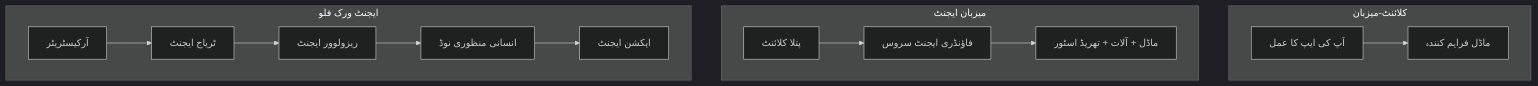
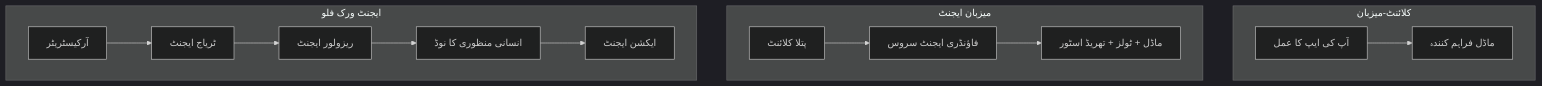
One commit to gabrielmoreira/agent-skills-mirror changed the first of 4 diagrams in mirrors/repos/microsoft@ai-agents-for-beginners/translations/ur/16-deploying-scalable-agents/README.md. Above: the diagram before and after it, drawn with Mermaid (dark theme). The commit also changed other lines of this file and 4262 other files, not shown here.

````diff
--- a/mirrors/repos/microsoft@ai-agents-for-beginners/translations/ur/16-deploying-scalable-agents/README.md
+++ b/mirrors/repos/microsoft@ai-agents-for-beginners/translations/ur/16-deploying-scalable-agents/README.md
@@ -87,16 +87,16 @@
 ```mermaid
 flowchart TB
     subgraph P1[کلائنٹ-میزبان]
         A1[آپ کی ایپ کا عمل] --> M1[ماڈل فراہم کنندہ]
     end
     subgraph P2[میزبان ایجنٹ]
         A2[پتلا کلائنٹ] --> F2[فاؤنڈری ایجنٹ سروس]
-        F2 --> M2[ماڈل + آلات + تھریڈ اسٹور]
+        F2 --> M2[ماڈل + ٹولز + تھریڈ اسٹور]
     end
     subgraph P3[ایجنٹ ورک فلو]
         A3[آرکیسٹریٹر] --> S1[ٹریاج ایجنٹ]
-        S1 --> S2[ریزولوور ایجنٹ]
-        S2 --> H[انسانی منظوری نوڈ]
+        S1 --> S2[ریزولور ایجنٹ]
+        S2 --> H[انسانی منظوری کا نوڈ]
         H --> S3[ایکشن ایجنٹ]
     end
 ```
````
